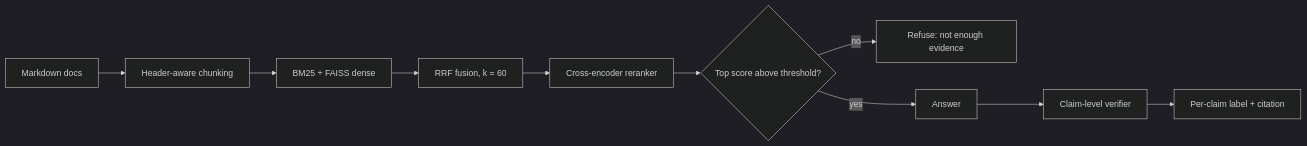
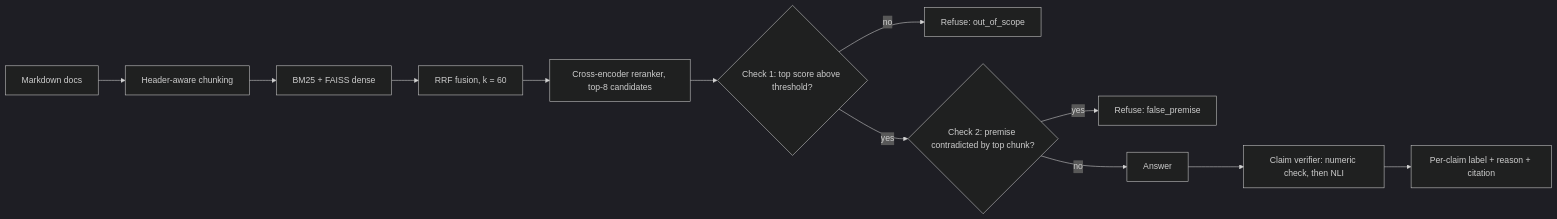
Before and after one commit to redulhasan/rag-claim-audit: the diagram in README.md, drawn with Mermaid (dark theme). The commit also changed other lines of this file and 3 other files, not shown here.

````diff
--- a/README.md
+++ b/README.md
@@ -9,12 +11,14 @@
 ```mermaid
 flowchart LR
     A[Markdown docs] --> B[Header-aware chunking]
     B --> C[BM25 + FAISS dense]
     C --> D[RRF fusion, k = 60]
-    D --> E[Cross-encoder reranker]
-    E --> F{Top score above threshold?}
-    F -- no --> G[Refuse: not enough evidence]
-    F -- yes --> H[Answer]
-    H --> I[Claim-level verifier]
-    I --> J[Per-claim label + citation]
+    D --> E[Cross-encoder reranker, top-8 candidates]
+    E --> F{Check 1: top score above threshold?}
+    F -- no --> G[Refuse: out_of_scope]
+    F -- yes --> H{Check 2: premise contradicted by top chunk?}
+    H -- yes --> I[Refuse: false_premise]
+    H -- no --> J[Answer]
+    J --> K[Claim verifier: numeric check, then NLI]
+    K --> L[Per-claim label + reason + citation]
 ```
````
